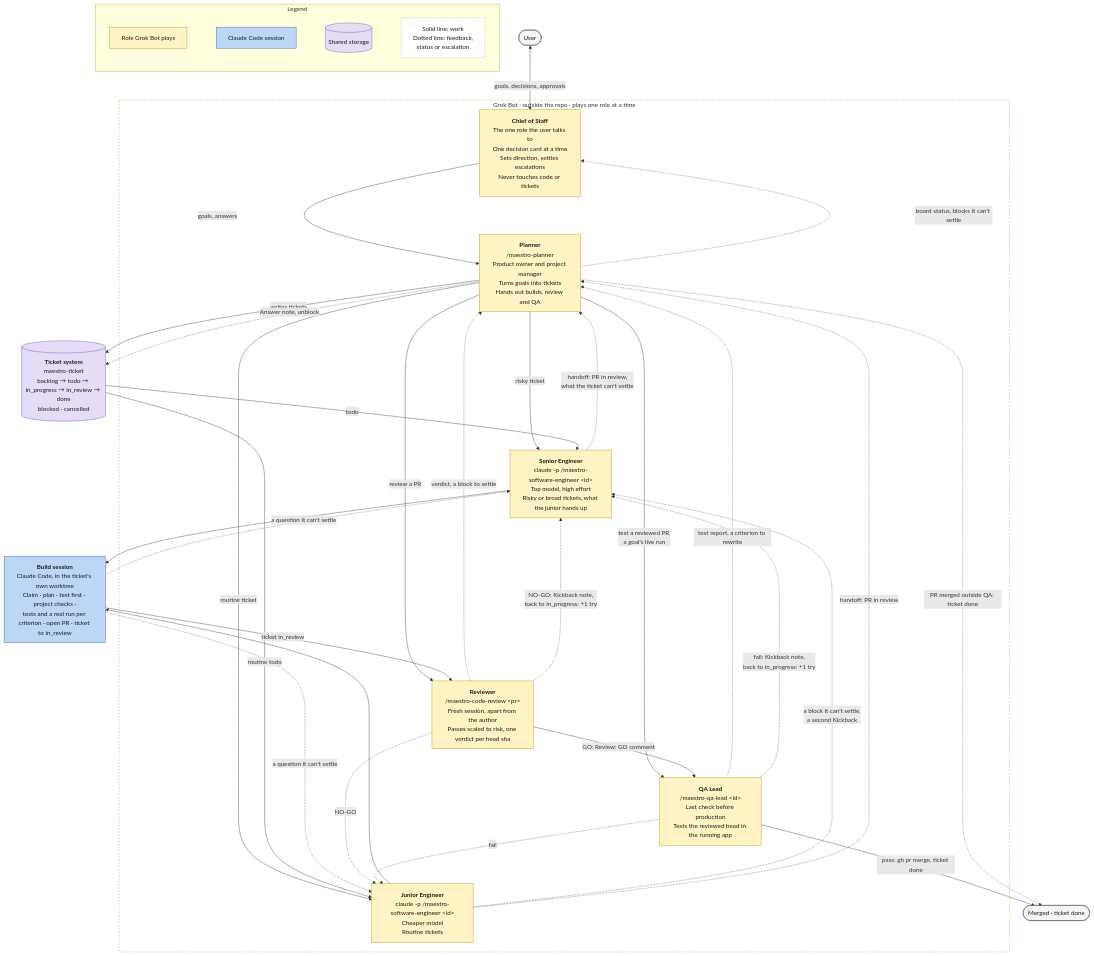
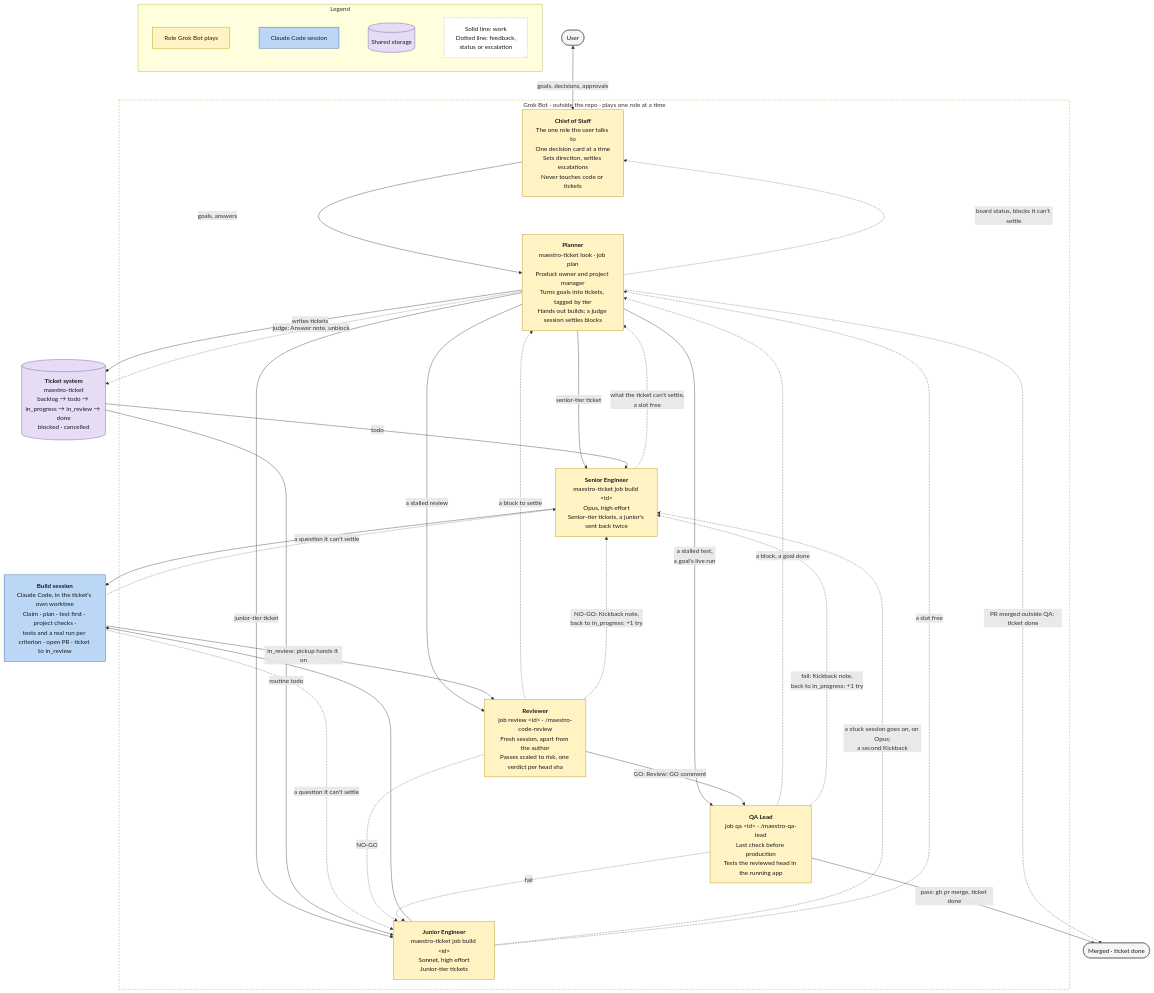
One commit to ProlesDei/maestro changed the diagram in docs/team.mermaid. Above: the diagram before and after it, drawn with Mermaid. The commit also changed 19 other files, not shown here.

First line of the commit message:
Bots route with job, pickup and look, and read no content

```diff
--- a/docs/team.mermaid
+++ b/docs/team.mermaid
@@ -1,77 +1,77 @@
 flowchart TD
     User([User])
 
     subgraph Grok ["Grok Bot · outside the repo · plays one role at a time"]
         CoS["<b>Chief of Staff</b><br/>The one role the user talks to<br/>One decision card at a time<br/>Sets direction, settles escalations<br/>Never touches code or tickets"]
-        Planner["<b>Planner</b><br/>/maestro-planner<br/>Product owner and project manager<br/>Turns goals into tickets<br/>Hands out builds, review and QA"]
-        Sr["<b>Senior Engineer</b><br/>claude -p /maestro-software-engineer &lt;id&gt;<br/>Top model, high effort<br/>Risky or broad tickets, what the junior hands up"]
-        Jr["<b>Junior Engineer</b><br/>claude -p /maestro-software-engineer &lt;id&gt;<br/>Cheaper model<br/>Routine tickets"]
-        Rev["<b>Reviewer</b><br/>/maestro-code-review &lt;pr&gt;<br/>Fresh session, apart from the author<br/>Passes scaled to risk, one verdict per head sha"]
-        QA["<b>QA Lead</b><br/>/maestro-qa-lead &lt;id&gt;<br/>Last check before production<br/>Tests the reviewed head in the running app"]
+        Planner["<b>Planner</b><br/>maestro-ticket look · job plan<br/>Product owner and project manager<br/>Turns goals into tickets, tagged by tier<br/>Hands out builds; a judge session settles blocks"]
+        Sr["<b>Senior Engineer</b><br/>maestro-ticket job build &lt;id&gt;<br/>Opus, high effort<br/>Senior-tier tickets, a junior's sent back twice"]
+        Jr["<b>Junior Engineer</b><br/>maestro-ticket job build &lt;id&gt;<br/>Sonnet, high effort<br/>Junior-tier tickets"]
+        Rev["<b>Reviewer</b><br/>job review &lt;id&gt; · /maestro-code-review<br/>Fresh session, apart from the author<br/>Passes scaled to risk, one verdict per head sha"]
+        QA["<b>QA Lead</b><br/>job qa &lt;id&gt; · /maestro-qa-lead<br/>Last check before production<br/>Tests the reviewed head in the running app"]
     end
 
     Tickets[("<b>Ticket system</b><br/>maestro-ticket<br/>backlog → todo → in_progress → in_review → done<br/>blocked · cancelled")]
 
     Build["<b>Build session</b><br/>Claude Code, in the ticket's own worktree<br/>Claim · plan · test first · project checks ·<br/>tests and a real run per criterion · open PR · ticket to in_review"]
 
     Done([Merged · ticket done])
 
     %% User and Chief of Staff
     User <-->|"goals, decisions, approvals"| CoS
 
     %% The Chief of Staff leads through the Planner
     CoS -->|"goals, answers"| Planner
     Planner -.->|"board status, blocks it can't settle"| CoS
 
-    %% The Planner hands out each job
-    Planner -->|"risky ticket"| Sr
-    Planner -->|"routine ticket"| Jr
-    Planner -->|"review a PR"| Rev
-    Planner -->|"test a reviewed PR,<br/>a goal's live run"| QA
+    %% The Planner hands out builds, and what stalled
+    Planner -->|"senior-tier ticket"| Sr
+    Planner -->|"junior-tier ticket"| Jr
+    Planner -->|"a stalled review"| Rev
+    Planner -->|"a stalled test,<br/>a goal's live run"| QA
 
     %% Planning
     Planner -->|"writes tickets"| Tickets
     Tickets -->|"todo"| Sr
     Tickets -->|"routine todo"| Jr
 
     %% Build
     Sr --> Build
     Jr --> Build
     Build -.->|"a question it can't settle"| Sr
     Build -.->|"a question it can't settle"| Jr
-    Jr -.->|"a block it can't settle,<br/>a second Kickback"| Sr
-    Sr -.->|"handoff: PR in review,<br/>what the ticket can't settle"| Planner
-    Jr -.->|"handoff: PR in review"| Planner
-    QA -.->|"test report, a criterion to rewrite"| Planner
-    Rev -.->|"verdict, a block to settle"| Planner
-    Planner -.->|"Answer note, unblock"| Tickets
+    Jr -.->|"a stuck session goes on, on Opus;<br/>a second Kickback"| Sr
+    Sr -.->|"what the ticket can't settle,<br/>a slot free"| Planner
+    Jr -.->|"a slot free"| Planner
+    QA -.->|"a block, a goal done"| Planner
+    Rev -.->|"a block to settle"| Planner
+    Planner -.->|"judge: Answer note, unblock"| Tickets
 
     %% Review, then test
-    Build -->|"ticket in_review"| Rev
+    Build -->|"in_review: pickup hands it on"| Rev
     Rev -->|"GO: Review: GO comment"| QA
     QA -->|"pass: gh pr merge, ticket done"| Done
     Planner -.->|"PR merged outside QA: ticket done"| Done
     Rev -.->|"NO-GO: Kickback note,<br/>back to in_progress: +1 try"| Sr
     Rev -.->|"NO-GO"| Jr
     QA -.->|"fail: Kickback note,<br/>back to in_progress: +1 try"| Sr
     QA -.->|"fail"| Jr
 
     %% Legend
     subgraph Legend ["Legend"]
         direction LR
         L6["Role Grok Bot plays"] ~~~ L1["Claude Code session"] ~~~ L4[("Shared storage")] ~~~ L5["Solid line: work<br/>Dotted line: feedback,<br/>status or escalation"]
     end
 
     %% Styles
     classDef session fill:#bcd6f5,stroke:#2f5f9e,color:#1a1a1a
     classDef storage fill:#e6dcf5,stroke:#6a4c9c,color:#1a1a1a
     classDef person fill:#f5f5f5,stroke:#555,color:#1a1a1a
     classDef bot fill:#fff3c4,stroke:#b38f00,color:#1a1a1a
     classDef note fill:#ffffff,stroke:#999,color:#1a1a1a,stroke-dasharray:3 3
 
     class Build,L1 session
     class Tickets,L4 storage
     class User,Done person
     class CoS,Planner,Sr,Jr,QA,Rev,L6 bot
     class L5 note
     style Grok fill:none,stroke:#b38f00,stroke-dasharray:4 4
```
